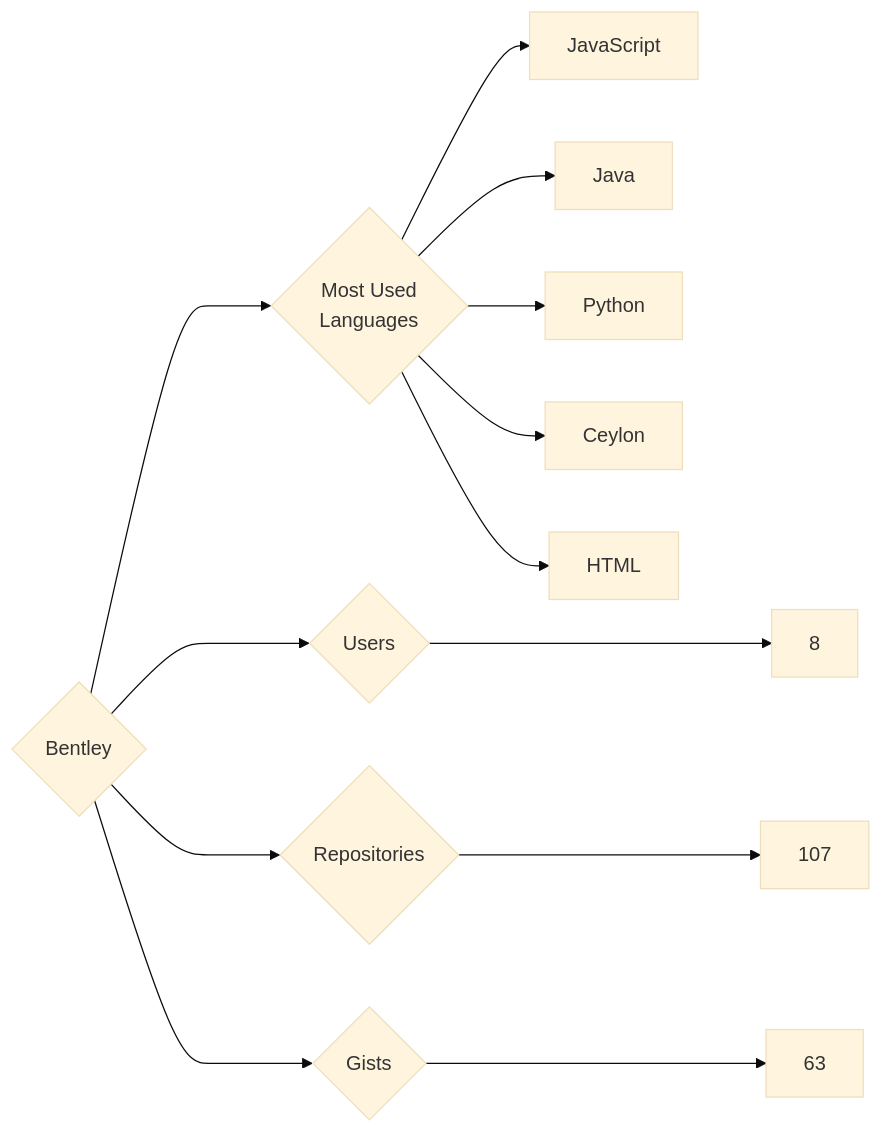
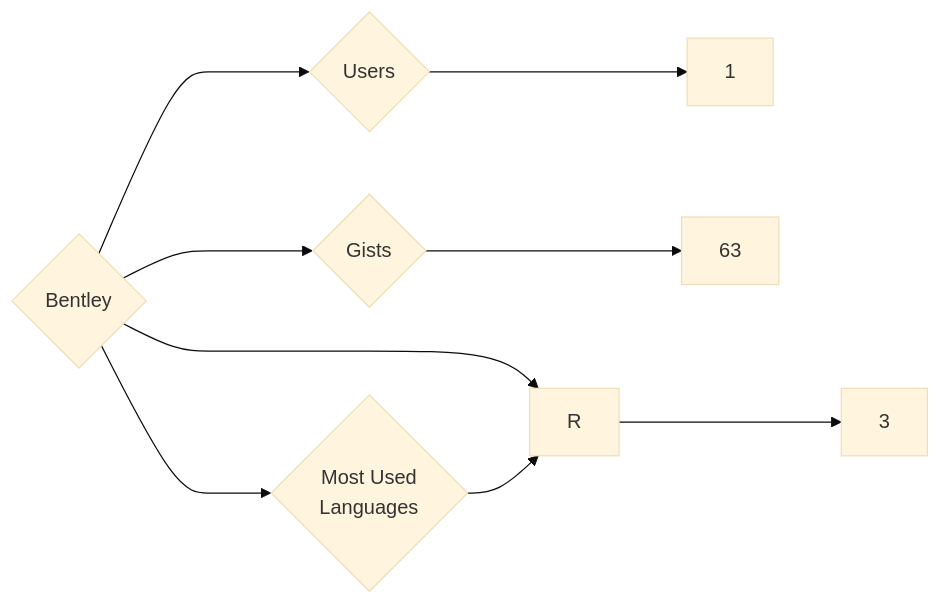
One commit to trickest/insiders changed the diagram in targets/Bentley/README.md. Above: the diagram before and after it, drawn with Mermaid (base theme). The commit also changed 860 other files, not shown here.

````diff
--- a/targets/Bentley/README.md
+++ b/targets/Bentley/README.md
@@ -3,13 +3,9 @@
 ```mermaid
 graph LR
 COMPANY_NAME{Bentley}
-COMPANY_NAME ---> U{Users} ---> UN[8]
-COMPANY_NAME ---> R{Repositories} ---> RN[107]
+COMPANY_NAME ---> U{Users} ---> UN[1]
+COMPANY_NAME ---> R{Repositories} ---> RN[3]
 COMPANY_NAME ---> G{Gists} ---> GN[63]
 COMPANY_NAME ---> ML{Most Used<br>Languages}
-ML --> JavaScript[JavaScript]
-ML --> Java[Java]
-ML --> Python[Python]
-ML --> Ceylon[Ceylon]
-ML --> HTML[HTML]
+ML --> R[R]
 ```
````
